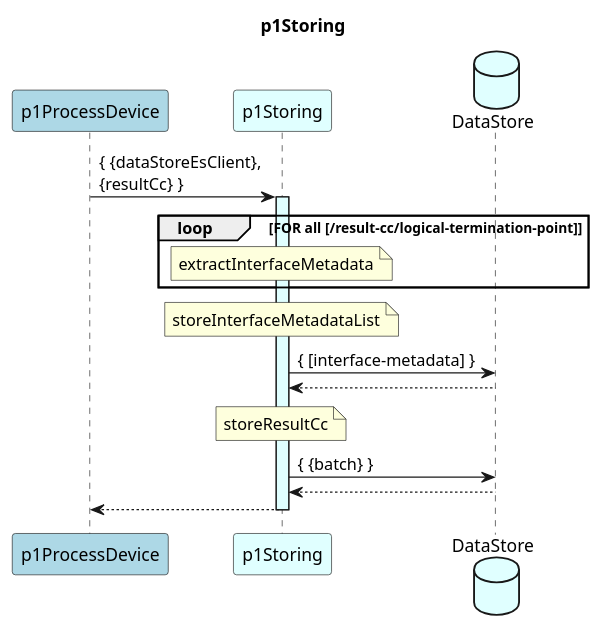
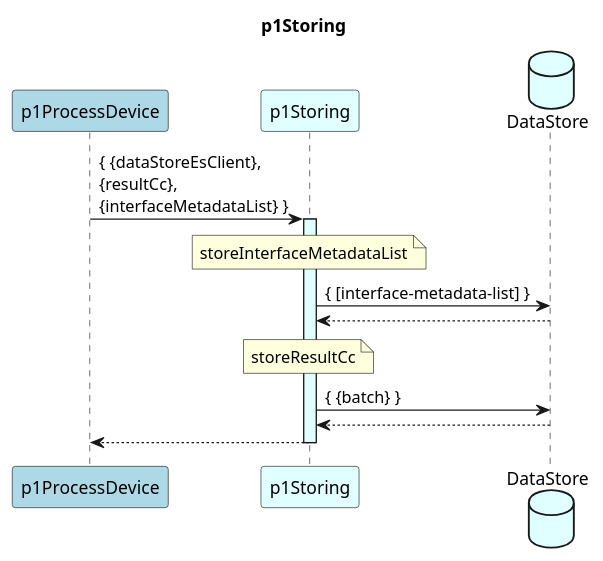
One commit to openBackhaul/DevicePerformanceManagementDataProcessor changed the diagram in spec/Functions/p1StreamPmData/p1ProcessDevice/p1Storing/1.0.0/p1Storing.plantuml. Above: the diagram before and after it, drawn with PlantUML. The commit also changed 31 other files, not shown here.

Commit message:
define p1Storing, incl interfaceMetadataList

```diff
--- a/spec/Functions/p1StreamPmData/p1ProcessDevice/p1Storing/1.0.0/p1Storing.plantuml
+++ b/spec/Functions/p1StreamPmData/p1ProcessDevice/p1Storing/1.0.0/p1Storing.plantuml
@@ -1,38 +1,32 @@
 @startuml p1Storing
 skinparam responseMessageBelowArrow true
 
 title
   p1Storing
 end title
 
 participant "p1ProcessDevice" as requestor #LightBlue
 participant "p1Storing" as cur #LightCyan
 database "DataStore" as ds #LightCyan
 
 
-requestor -> cur : { {dataStoreEsClient},\n{resultCc} }
+requestor -> cur : { {dataStoreEsClient},\n{resultCc},\n{interfaceMetadataList} }
 activate cur #LightCyan
-
-  loop FOR all [/result-cc/logical-termination-point]
-    note over cur
-      extractInterfaceMetadata
-    end note
-  end loop
 
   note over cur
     storeInterfaceMetadataList
   end note
-  cur -> ds: { [interface-metadata] }
+  cur -> ds: { [interface-metadata-list] }
   cur <-- ds
 
   note over cur
     storeResultCc
   end note
   cur -> ds: { {batch} }
   cur <-- ds
 
 requestor <-- cur
 
 deactivate cur
 
 @enduml
```
